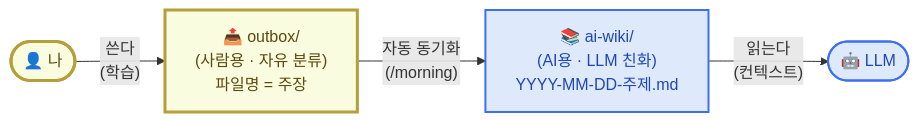
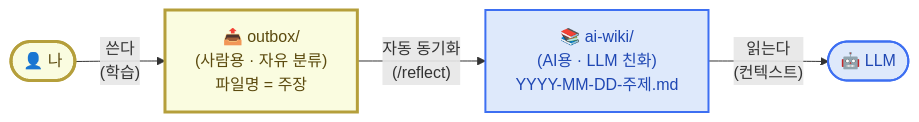
The first of 2 diagrams in content/week2/mechanism.mdx (effectiveai-io/my-learning-agent), drawn with Mermaid before and after one commit. The commit also changed other lines of this file and 2 other files, not shown here.

````diff
--- a/content/week2/mechanism.mdx
+++ b/content/week2/mechanism.mdx
@@ -24,20 +28,20 @@
 ```mermaid
 flowchart LR
     Me(["👤 나"])
     Out["📤 outbox/<br/>(사람용 · 자유 분류)<br/>파일명 = 주장"]
     AI["📚 ai-wiki/<br/>(AI용 · LLM 친화)<br/>YYYY-MM-DD-주제.md"]
     LLM(["🤖 LLM"])
 
     Me -- "쓴다<br/>(학습)" --> Out
-    Out -- "자동 동기화<br/>(/morning)" --> AI
+    Out -- "자동 동기화<br/>(/reflect)" --> AI
     AI -- "읽는다<br/>(컨텍스트)" --> LLM
 
     classDef me fill:#fafce0,stroke:#b59f3b,stroke-width:3px,color:#5b4a0e
     classDef out fill:#fafce0,stroke:#b59f3b,stroke-width:3px,color:#5b4a0e
     classDef ai fill:#dee9fb,stroke:#3d6ff2,stroke-width:2px,color:#1f47b3
     classDef llm fill:#dee9fb,stroke:#3d6ff2,stroke-width:2px,color:#1f47b3
     class Me me
     class Out out
     class AI ai
     class LLM llm
 ```
````
